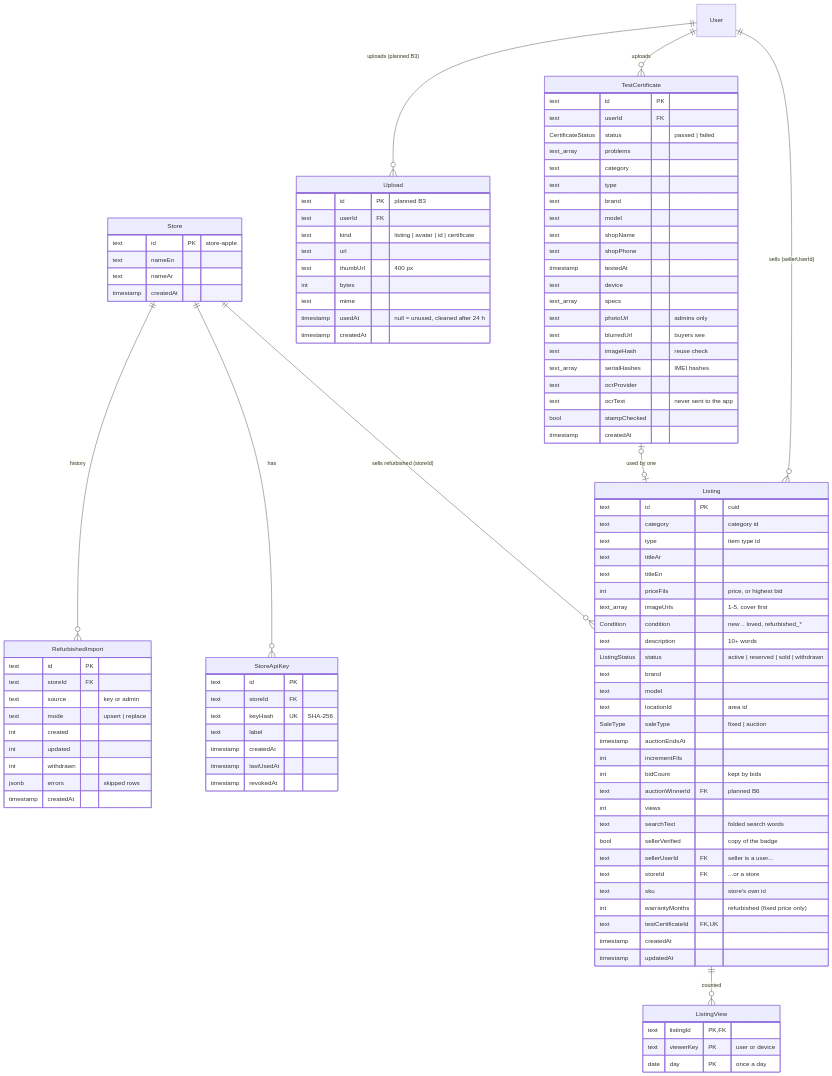
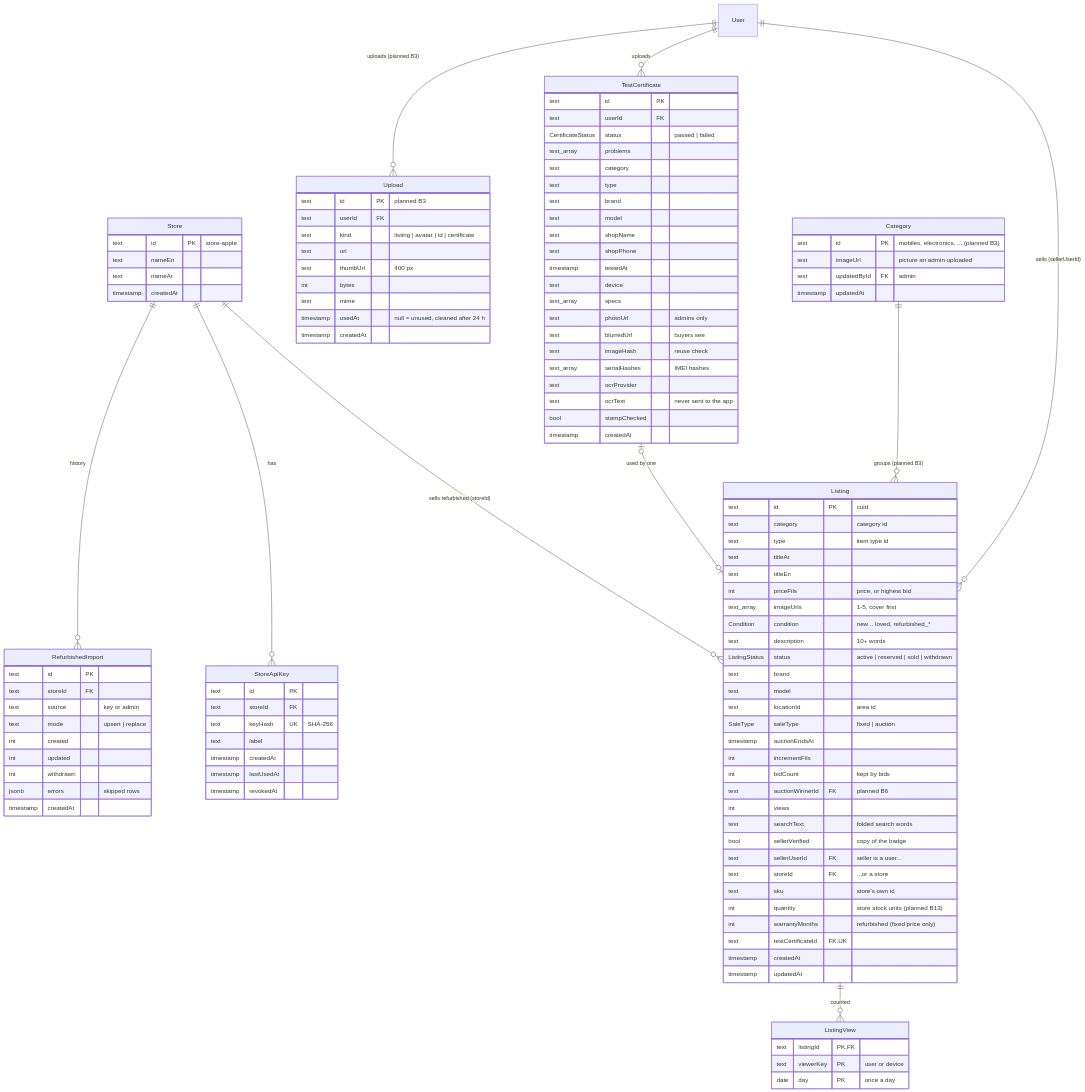
One commit to mustafa-kilany/madmoon-deals changed the third of 6 diagrams in docs/DATABASE.md. Above: the diagram before and after it, drawn with Mermaid. The commit also changed other lines of this file and 10 other files, not shown here.

First line of the commit message:
docs: refurbished sourcing options, B13 imported stock, B3 category pictures

```diff
--- a/docs/DATABASE.md
+++ b/docs/DATABASE.md
@@ -161,6 +162,7 @@
   TestCertificate |o--o| Listing : "used by one"
   Listing ||--o{ ListingView : "counted"
   User ||--o{ Upload : "uploads (planned B3)"
+  Category ||--o{ Listing : "groups (planned B3)"
   Listing {
     text id PK "cuid"
     text category "category id"
@@ -186,6 +188,7 @@
     text sellerUserId FK "seller is a user..."
     text storeId FK "...or a store"
     text sku "store's own id"
+    int quantity "store stock units (planned B13)"
     int warrantyMonths "refurbished (fixed price only)"
     text testCertificateId FK,UK
     timestamp createdAt
@@ -240,6 +243,12 @@
     bool stampChecked
     timestamp createdAt
   }
+  Category {
+    text id PK "mobiles, electronics, ... (planned B3)"
+    text imageUrl "picture an admin uploaded"
+    text updatedById FK "admin"
+    timestamp updatedAt
+  }
   ListingView {
     text listingId PK,FK
     text viewerKey PK "user or device"
```
